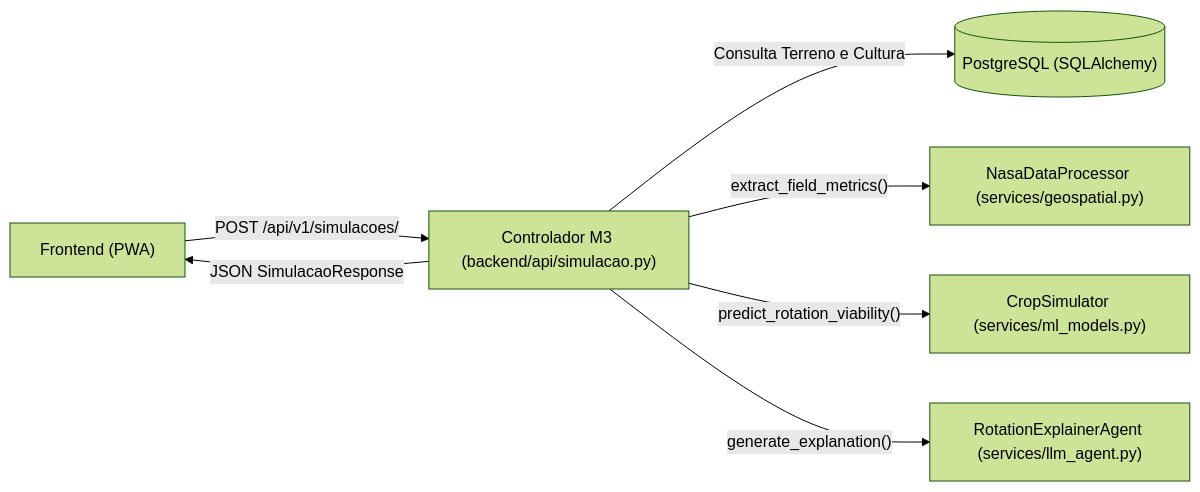
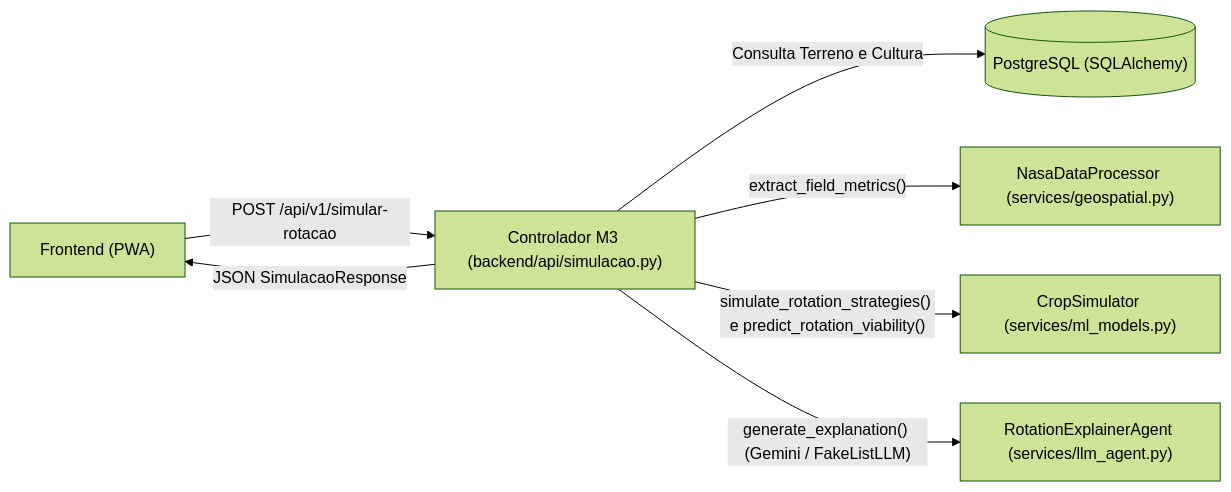
Before and after one commit to EdsonToppzera/kultiva: the second of 3 diagrams in docs/Arquitetura/README.md, drawn with Mermaid (forest theme). The commit also changed other lines of this file and 1 other file, not shown here.

````diff
--- a/docs/Arquitetura/README.md
+++ b/docs/Arquitetura/README.md
@@ -72,9 +77,9 @@
 ```mermaid
 flowchart LR
-    FE["Frontend (PWA)"] -->|"POST /api/v1/simulacoes/"| M3["Controlador M3 (backend/api/simulacao.py)"]
+    FE["Frontend (PWA)"] -->|"POST /api/v1/simular-rotacao"| M3["Controlador M3 (backend/api/simulacao.py)"]
     M3 -->|"Consulta Terreno e Cultura"| DB[("PostgreSQL (SQLAlchemy)")]
     M3 -->|"extract_field_metrics()"| GEO["NasaDataProcessor (services/geospatial.py)"]
-    M3 -->|"predict_rotation_viability()"| ML["CropSimulator (services/ml_models.py)"]
-    M3 -->|"generate_explanation()"| LLM["RotationExplainerAgent (services/llm_agent.py)"]
+    M3 -->|"simulate_rotation_strategies() e predict_rotation_viability()"| ML["CropSimulator (services/ml_models.py)"]
+    M3 -->|"generate_explanation() (Gemini / FakeListLLM)"| LLM["RotationExplainerAgent (services/llm_agent.py)"]
     M3 -->|"JSON SimulacaoResponse"| FE
 ```
````
